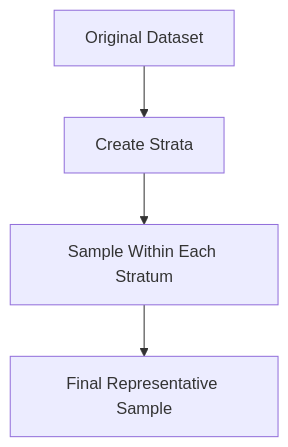
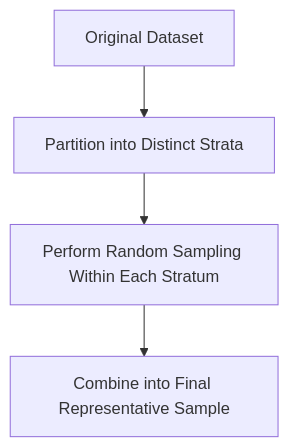
One commit to Balasubramanian-pg/MSC.-Data-Science-AI changed the sixth of 8 diagrams in Trimester 1/Data Preprocessing/W06 - Data Reduction/L1/6.3. Data Sampling.md. Above: the diagram before and after it, drawn with Mermaid. The commit also changed other lines of this file, not shown here.

Commit message:
Update 6.3. Data Sampling.md

````diff
--- a/Trimester 1/Data Preprocessing/W06 - Data Reduction/L1/6.3. Data Sampling.md
+++ b/Trimester 1/Data Preprocessing/W06 - Data Reduction/L1/6.3. Data Sampling.md
@@ -464,9 +361,7 @@
 ```mermaid
 flowchart TD
     A[Original Dataset]
-    --> B[Create Strata]
-
-    B --> C[Sample Within Each Stratum]
-
-    C --> D[Final Representative Sample]
+    --> B[Partition into Distinct Strata]
+    B --> C[Perform Random Sampling Within Each Stratum]
+    C --> D[Combine into Final Representative Sample]
 ```
````
